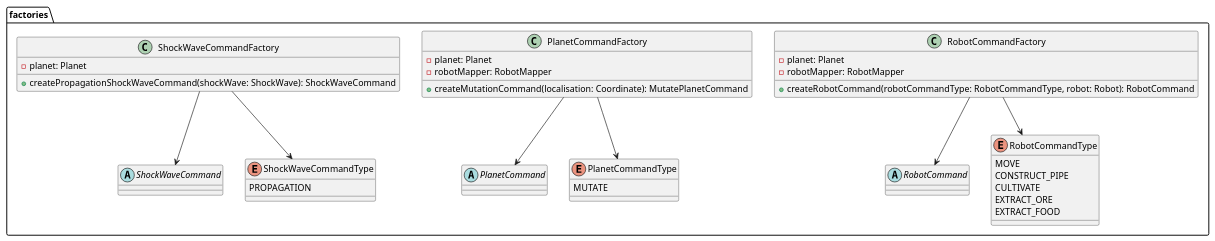
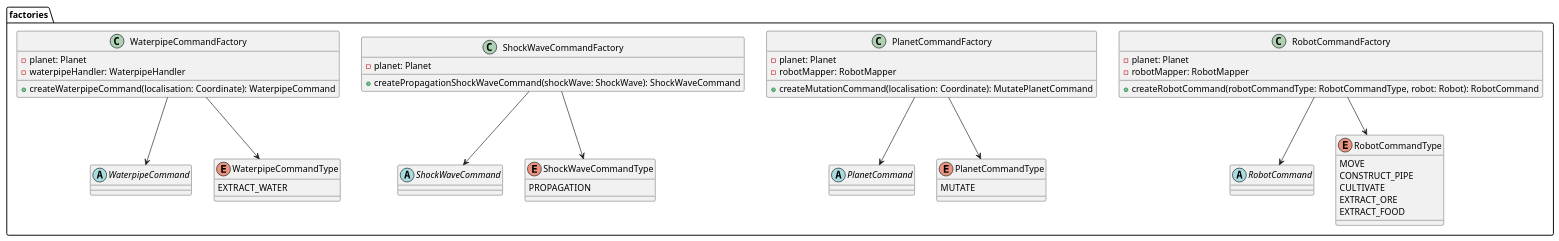
Before and after one commit to LEBOCQTitouan/ia-ensicaen-colonisation: the diagram in uml/class diagram/model/commands/Intermediator-command-factories.puml, drawn with PlantUML. The commit also changed 4 other files, not shown here.

```diff
--- a/uml/class diagram/model/commands/Intermediator-command-factories.puml
+++ b/uml/class diagram/model/commands/Intermediator-command-factories.puml
@@ -1,51 +1,64 @@
 @startuml
 'https://plantuml.com/class-diagram
 
 package factories {
         abstract class RobotCommand {}
         abstract class ShockWaveCommand {}
         abstract class PlanetCommand {}
+        abstract class WaterpipeCommand {}
 
         RobotCommandFactory --> RobotCommand
         PlanetCommandFactory --> PlanetCommand
         ShockWaveCommandFactory --> ShockWaveCommand
+        WaterpipeCommandFactory --> WaterpipeCommand
 
         class RobotCommandFactory {
             -planet: Planet
             -robotMapper: RobotMapper
             +createRobotCommand(robotCommandType: RobotCommandType, robot: Robot): RobotCommand
         }
 
         class ShockWaveCommandFactory {
             -planet: Planet
             +createPropagationShockWaveCommand(shockWave: ShockWave): ShockWaveCommand
         }
 
         class PlanetCommandFactory {
             -planet: Planet
             -robotMapper: RobotMapper
             +createMutationCommand(localisation: Coordinate): MutatePlanetCommand
         }
 
+        class WaterpipeCommandFactory {
+            -planet: Planet
+            -waterpipeHandler: WaterpipeHandler
+            +createWaterpipeCommand(localisation: Coordinate): WaterpipeCommand
+        }
+
         enum RobotCommandType {
             MOVE
             CONSTRUCT_PIPE
             CULTIVATE
             EXTRACT_ORE
             EXTRACT_FOOD
         }
 
         enum ShockWaveCommandType {
             PROPAGATION
         }
 
         enum PlanetCommandType {
             MUTATE
         }
 
+        enum WaterpipeCommandType {
+            EXTRACT_WATER
+        }
+
         RobotCommandFactory --> RobotCommandType
         ShockWaveCommandFactory --> ShockWaveCommandType
         PlanetCommandFactory --> PlanetCommandType
+        WaterpipeCommandFactory --> WaterpipeCommandType
     }
 
 @enduml
```
